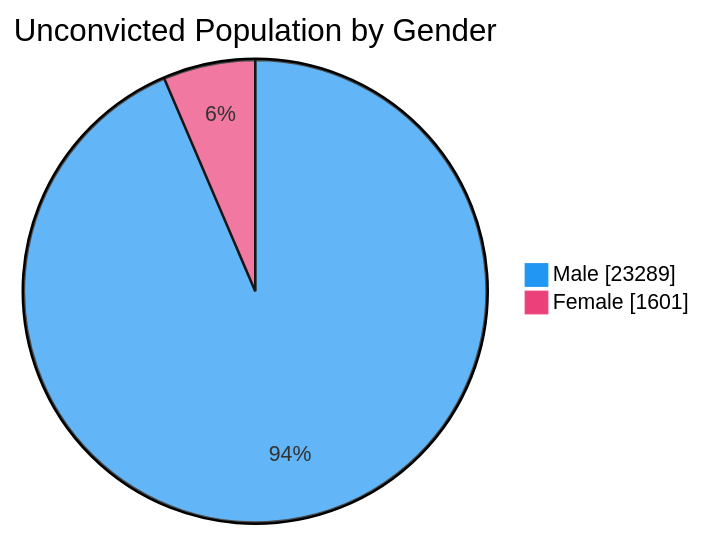
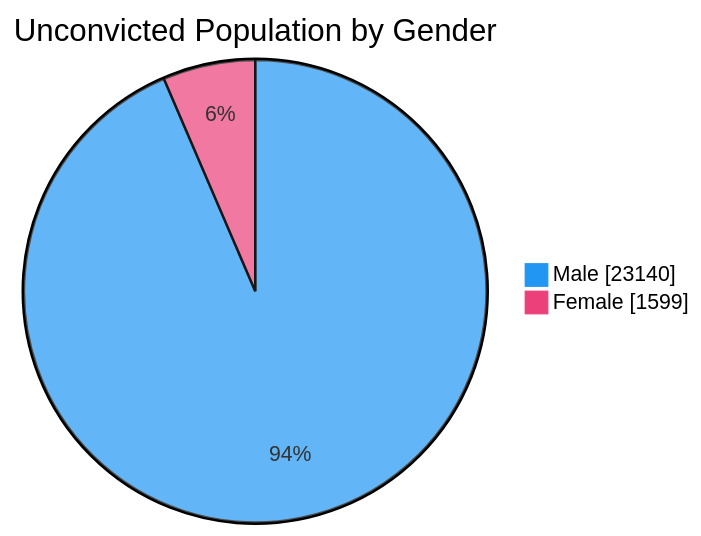
Before and after one commit to nuuuwan/lk_prisons: the fourth of 7 diagrams in README.md, drawn with Mermaid. The commit also changed other lines of this file and 1 other file, not shown here.

````diff
--- a/README.md
+++ b/README.md
@@ -76,6 +76,6 @@
 ```mermaid
 %%{init: {'themeVariables': {'pie1': '#2196F3', 'pie2': '#EC407A'}}}%%
 pie showData title Unconvicted Population by Gender
-    "Male" : 23289
-    "Female" : 1601
+    "Male" : 23140
+    "Female" : 1599
 ```
````
